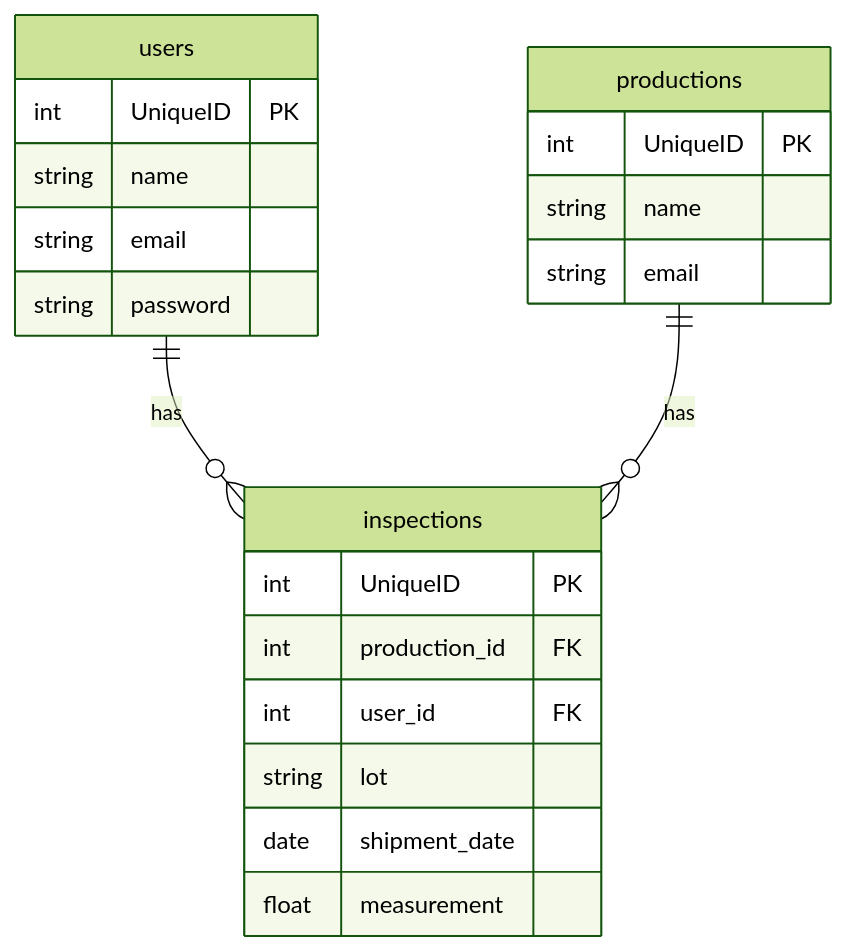
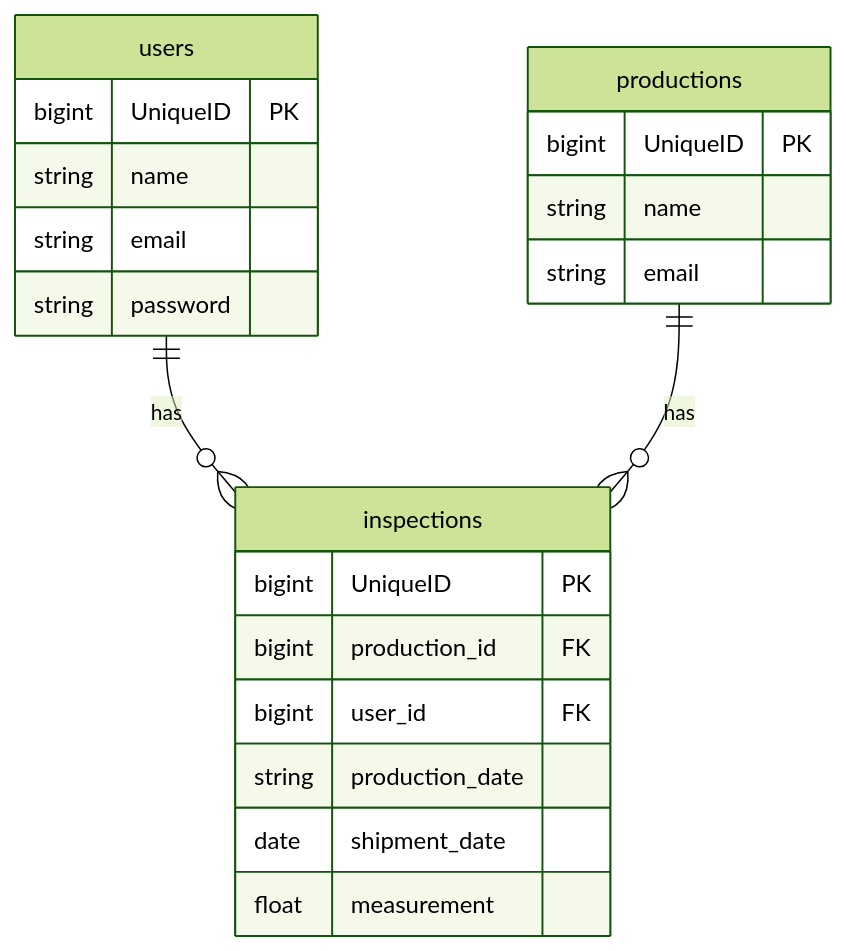
The diagram in README.md (ykymhrt6174/qctool), drawn with Mermaid (forest theme) before and after one commit. The commit also changed other lines of this file and 1 other file, not shown here.

````diff
--- a/README.md
+++ b/README.md
@@ -55,27 +55,27 @@
 ```mermaid
 erDiagram
     users {
-        int UniqueID PK
+        bigint UniqueID PK
         string name
         string email
         string password
     }
 
     productions {
-        int UniqueID PK
+        bigint UniqueID PK
         string name
         string email
     }
 
     inspections {
-        int UniqueID PK
-        int production_id FK
-        int user_id FK
-        string lot
+        bigint UniqueID PK
+        bigint production_id FK
+        bigint user_id FK
+        string production_date
         date shipment_date
         float measurement
     }
 
     users ||--o{ inspections : "has"
     productions ||--o{ inspections : "has"
 ```
````
